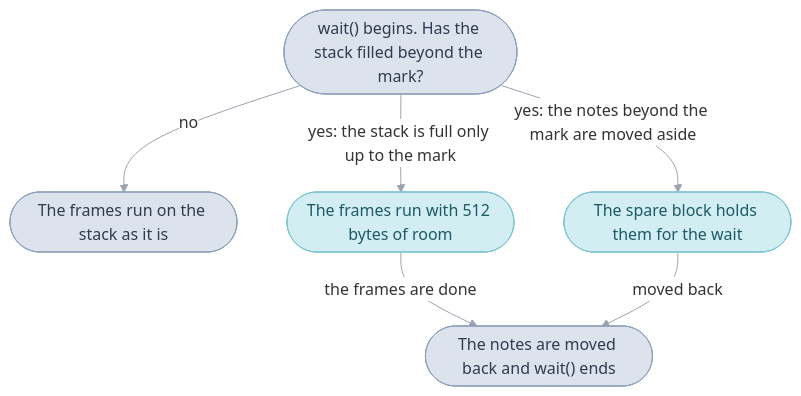
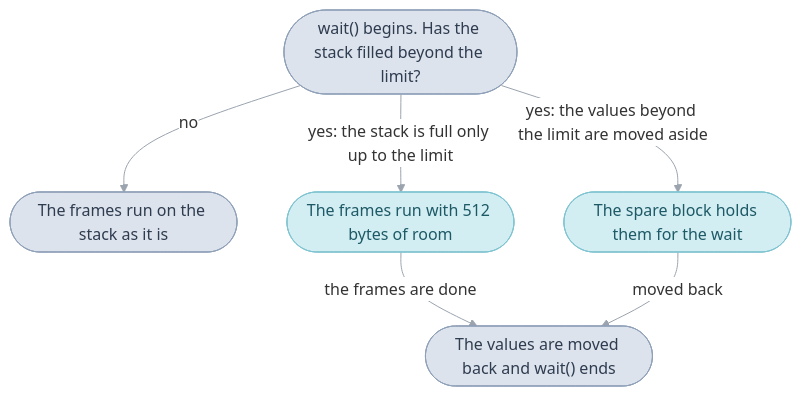
The ninth of 9 diagrams in games/tbs/src/system/README.md (PascalPixel/alchemy), drawn with Mermaid before and after one commit. The commit also changed other lines of this file and 20 other files, not shown here.

````diff
--- a/games/tbs/src/system/README.md
+++ b/games/tbs/src/system/README.md
@@ -795,14 +796,14 @@
 ```mermaid
 %%{init: {"theme": "base", "themeVariables": {"lineColor": "#9AA3AE", "edgeLabelBackground": "#FFFFFF"}, "flowchart": {"curve": "basis", "padding": 12}}}%%
 flowchart TD
-  enter(["wait() begins. Has the stack filled beyond the mark?"])
+  enter(["wait() begins. Has the stack filled beyond the limit?"])
   enter -- "no" --> plain(["The frames run on the stack as it is"])
-  enter -- "yes: the notes beyond the mark are moved aside" --> saved(["The spare block holds them for the wait"])
-  enter -- "yes: the stack is full only up to the mark" --> run(["The frames run with 512 bytes of room"])
-  run -- "the frames are done" --> restore(["The notes are moved back and wait() ends"])
+  enter -- "yes: the values beyond the limit are moved aside" --> saved(["The spare block holds them for the wait"])
+  enter -- "yes: the stack is full only up to the limit" --> run(["The frames run with 512 bytes of room"])
+  run -- "the frames are done" --> restore(["The values are moved back and wait() ends"])
   saved -- "moved back" --> restore
   classDef code fill:#DDE3EC,stroke:#8FA0B8,color:#2E3C50
   classDef frame fill:#D2EEF3,stroke:#7FC3D0,color:#1E5966
   class enter,restore,plain code
   class saved,run frame
 ```
````
